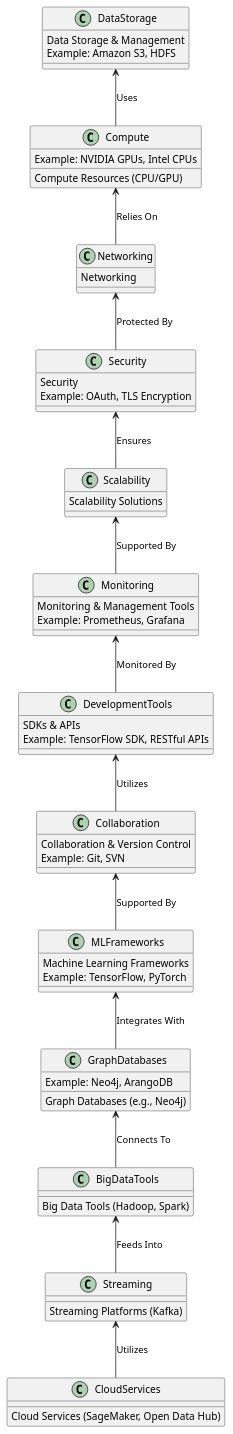
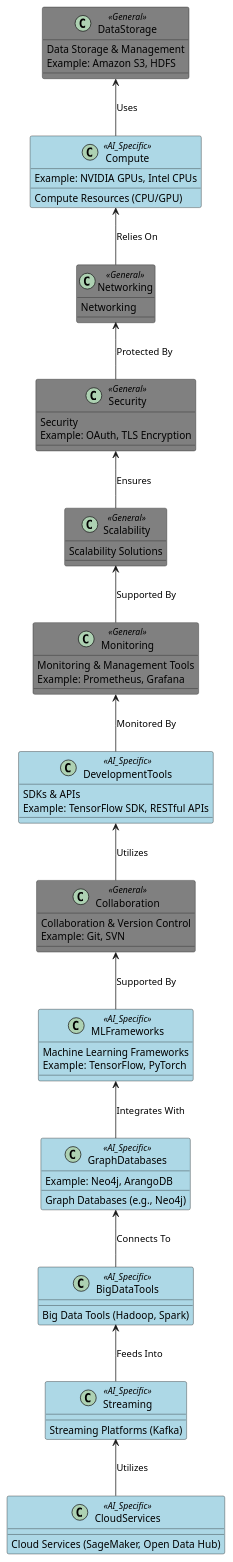
One commit to 7frank/ai-ui-playground changed the diagram in src/content/docs/ai/Infrastructure/infrastructure.puml. Above: the diagram before and after it, drawn with PlantUML. The commit also changed 2 other files, not shown here.

```diff
--- a/src/content/docs/ai/Infrastructure/infrastructure.puml
+++ b/src/content/docs/ai/Infrastructure/infrastructure.puml
@@ -1,75 +1,80 @@
 @startuml
-class DataStorage {
+skinparam class {
+    BackgroundColor<<General>> #Gray
+    BackgroundColor<<AI_Specific>> #lightblue
+}
+
+class DataStorage <<General>> {
     Data Storage & Management
     Example: Amazon S3, HDFS
 }
-class Compute {
+class Compute <<AI_Specific>> {
     Compute Resources (CPU/GPU)
     Example: NVIDIA GPUs, Intel CPUs
 }
-class Networking {
+class Networking <<General>> {
     Networking
 }
-class Security {
+class Security <<General>> {
     Security
     Example: OAuth, TLS Encryption
 }
-class Scalability {
+class Scalability <<General>> {
     Scalability Solutions
 }
-class Monitoring {
+class Monitoring <<General>> {
     Monitoring & Management Tools
     Example: Prometheus, Grafana
 }
-class DevelopmentTools {
+class DevelopmentTools <<AI_Specific>> {
     SDKs & APIs
     Example: TensorFlow SDK, RESTful APIs
 }
-class Collaboration {
+class Collaboration <<General>> {
     Collaboration & Version Control
     Example: Git, SVN
 }
-class MLFrameworks {
+class MLFrameworks <<AI_Specific>> {
     Machine Learning Frameworks
     Example: TensorFlow, PyTorch
 }
-class GraphDatabases {
+class GraphDatabases <<AI_Specific>> {
     Graph Databases (e.g., Neo4j)
     Example: Neo4j, ArangoDB
 }
-class BigDataTools {
+class BigDataTools <<AI_Specific>> {
     Big Data Tools (Hadoop, Spark)
 }
-class Streaming {
+class Streaming <<AI_Specific>> {
     Streaming Platforms (Kafka)
 }
-class CloudServices {
+class CloudServices <<AI_Specific>> {
     Cloud Services (SageMaker, Open Data Hub)
 }
 
 DataStorage -[hidden]-> Compute
 Compute -[hidden]-> Networking
 Networking -[hidden]-> Security
 Security -[hidden]-> Scalability
 Scalability -[hidden]-> Monitoring
 Monitoring -[hidden]-> DevelopmentTools
 DevelopmentTools -[hidden]-> Collaboration
 Collaboration -[hidden]-> MLFrameworks
 MLFrameworks -[hidden]-> GraphDatabases
 GraphDatabases -[hidden]-> BigDataTools
 BigDataTools -[hidden]-> Streaming
 Streaming -[hidden]-> CloudServices
 
 DataStorage <-- Compute : Uses
 Compute <-- Networking : Relies On
 Networking <-- Security : Protected By
 Security <-- Scalability : Ensures
 Scalability <-- Monitoring : Supported By
 Monitoring <-- DevelopmentTools : Monitored By
 DevelopmentTools <-- Collaboration : Utilizes
 Collaboration <-- MLFrameworks : Supported By
 MLFrameworks <-- GraphDatabases : Integrates With
 GraphDatabases <-- BigDataTools : Connects To
 BigDataTools <-- Streaming : Feeds Into
 Streaming <-- CloudServices : Utilizes
 @enduml
```
